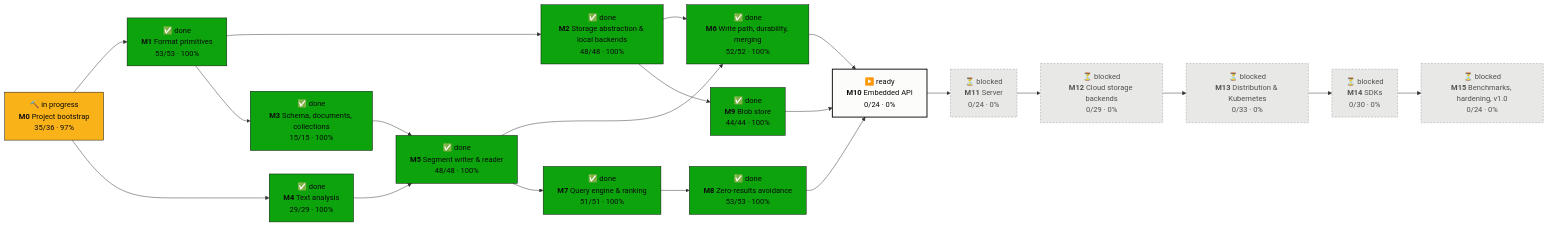
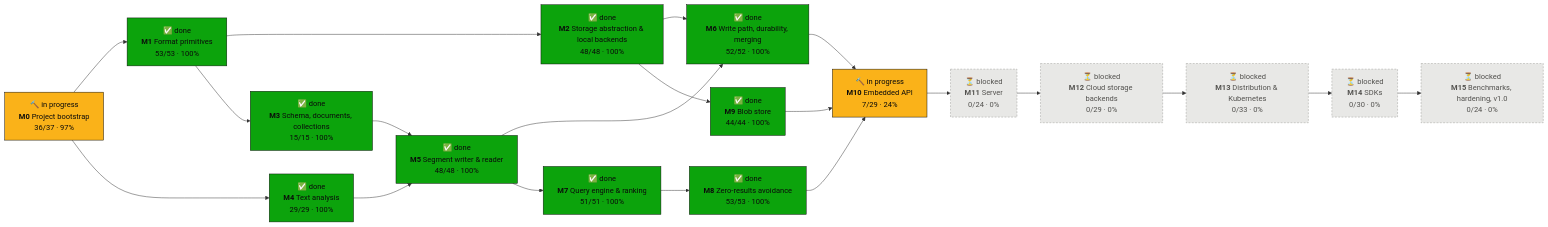
The first of 2 diagrams in PROGRESS.md (tomiok/persiaDB), drawn with Mermaid before and after one commit. The commit also changed other lines of this file and 3 other files, not shown here.

First line of the commit message:
docs(roadmap): tick the facade leaves

````diff
--- a/PROGRESS.md
+++ b/PROGRESS.md
@@ -16,42 +16,42 @@
 ```mermaid
 flowchart LR
-  M0["🔨 in progress<br/><b>M0</b> Project bootstrap<br/>35/36 · 97%"]:::doing
+  M0["🔨 in progress<br/><b>M0</b> Project bootstrap<br/>36/37 · 97%"]:::doing
   M1["✅ done<br/><b>M1</b> Format primitives<br/>53/53 · 100%"]:::done
   M2["✅ done<br/><b>M2</b> Storage abstraction & local backends<br/>48/48 · 100%"]:::done
   M3["✅ done<br/><b>M3</b> Schema, documents, collections<br/>15/15 · 100%"]:::done
   M4["✅ done<br/><b>M4</b> Text analysis<br/>29/29 · 100%"]:::done
   M5["✅ done<br/><b>M5</b> Segment writer & reader<br/>48/48 · 100%"]:::done
   M6["✅ done<br/><b>M6</b> Write path, durability, merging<br/>52/52 · 100%"]:::done
   M7["✅ done<br/><b>M7</b> Query engine & ranking<br/>51/51 · 100%"]:::done
   M8["✅ done<br/><b>M8</b> Zero-results avoidance<br/>53/53 · 100%"]:::done
   M9["✅ done<br/><b>M9</b> Blob store<br/>44/44 · 100%"]:::done
-  M10["▶️ ready<br/><b>M10</b> Embedded API<br/>0/24 · 0%"]:::ready
+  M10["🔨 in progress<br/><b>M10</b> Embedded API<br/>7/29 · 24%"]:::doing
   M11["⏳ blocked<br/><b>M11</b> Server<br/>0/24 · 0%"]:::blocked
   M12["⏳ blocked<br/><b>M12</b> Cloud storage backends<br/>0/29 · 0%"]:::blocked
   M13["⏳ blocked<br/><b>M13</b> Distribution & Kubernetes<br/>0/33 · 0%"]:::blocked
   M14["⏳ blocked<br/><b>M14</b> SDKs<br/>0/30 · 0%"]:::blocked
   M15["⏳ blocked<br/><b>M15</b> Benchmarks, hardening, v1.0<br/>0/24 · 0%"]:::blocked
   M0 --> M1
   M1 --> M2
   M1 --> M3
   M0 --> M4
   M3 --> M5
   M4 --> M5
   M2 --> M6
   M5 --> M6
   M5 --> M7
   M7 --> M8
   M2 --> M9
   M6 --> M10
   M8 --> M10
   M9 --> M10
   M10 --> M11
   M11 --> M12
   M12 --> M13
   M13 --> M14
   M14 --> M15
   classDef done fill:#0ca30c,stroke:#0b0b0b,color:#0b0b0b
   classDef doing fill:#fab219,stroke:#0b0b0b,color:#0b0b0b
   classDef ready fill:#fcfcfb,stroke:#0b0b0b,stroke-width:2px,color:#0b0b0b
   classDef blocked fill:#e8e8e6,stroke:#9a9a96,stroke-dasharray:4 3,color:#52514e
 ```
````
